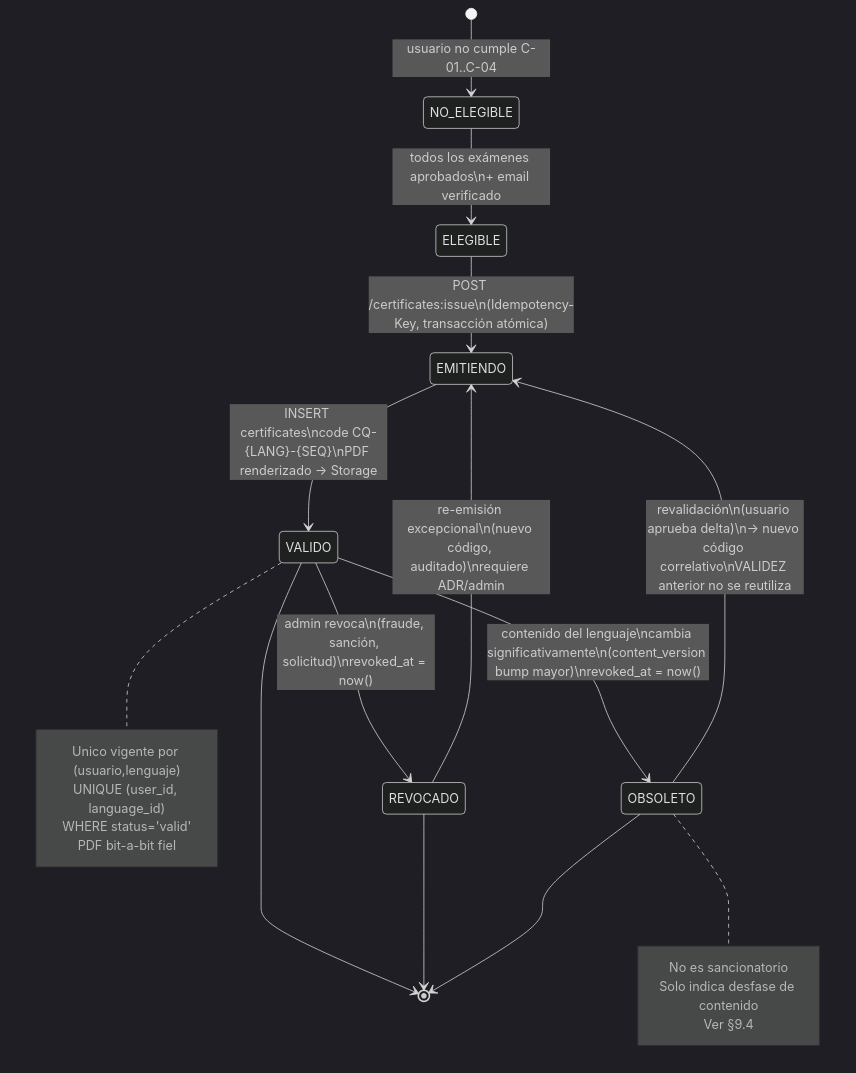
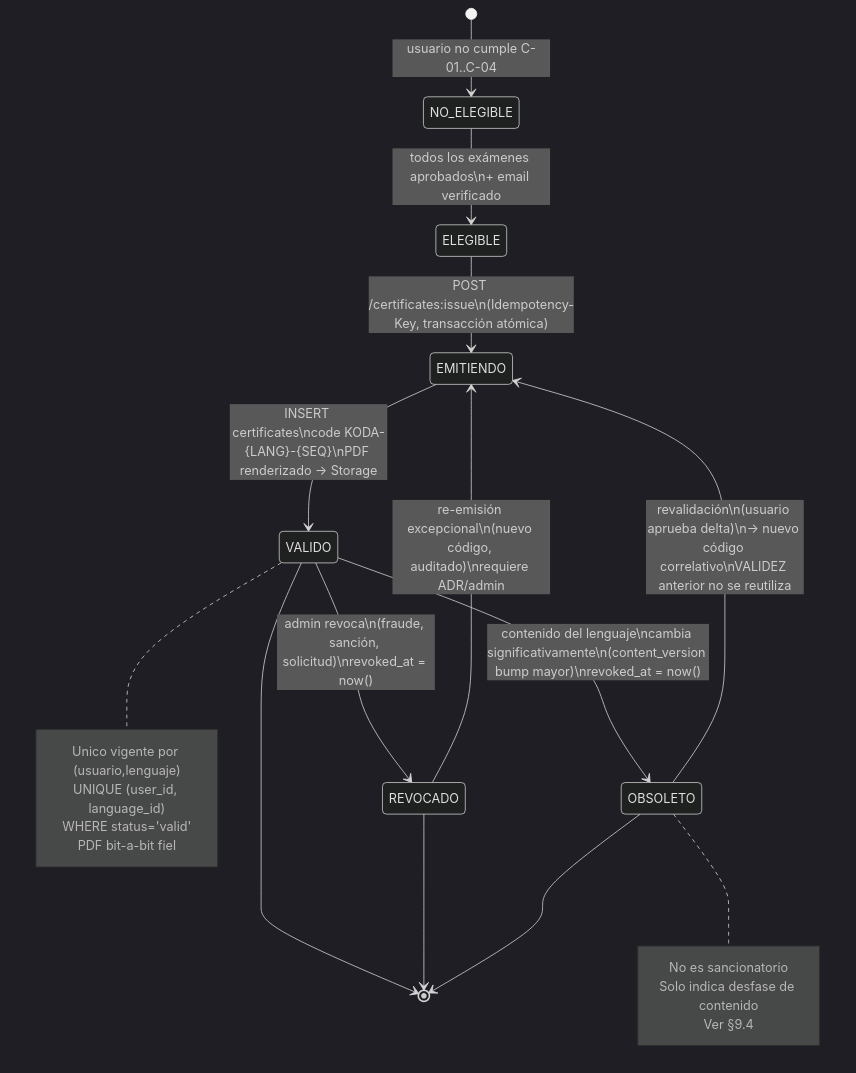
Before and after one commit to nastex123/DuolingoProgramacion: the diagram in docs/17_CERTIFICATION.md, drawn with Mermaid (dark theme). The commit also changed other lines of this file and 29 other files, not shown here.

````diff
--- a/docs/17_CERTIFICATION.md
+++ b/docs/17_CERTIFICATION.md
@@ -244,26 +244,26 @@
 ```mermaid
 stateDiagram-v2
     [*] --> NO_ELEGIBLE : usuario no cumple C-01..C-04
     NO_ELEGIBLE --> ELEGIBLE : todos los exámenes aprobados\n+ email verificado
     ELEGIBLE --> EMITIENDO : POST /certificates:issue\n(Idempotency-Key, transacción atómica)
-    EMITIENDO --> VALIDO : INSERT certificates\ncode CQ-{LANG}-{SEQ}\nPDF renderizado → Storage
+    EMITIENDO --> VALIDO : INSERT certificates\\ncode KODA-{LANG}-{SEQ}\\nPDF renderizado → Storage
     VALIDO --> REVOCADO : admin revoca\n(fraude, sanción, solicitud)\nrevoked_at = now()
     VALIDO --> OBSOLETO : contenido del lenguaje\ncambia significativamente\n(content_version bump mayor)\nrevoked_at = now()
     OBSOLETO --> EMITIENDO : revalidación\n(usuario aprueba delta)\n→ nuevo código correlativo\nVALIDEZ anterior no se reutiliza
     REVOCADO --> EMITIENDO : re-emisión excepcional\n(nuevo código, auditado)\nrequiere ADR/admin
     VALIDO --> [*]
     REVOCADO --> [*]
     OBSOLETO --> [*]
 
     note right of VALIDO
         Unico vigente por (usuario,lenguaje)
         UNIQUE (user_id, language_id)
         WHERE status='valid'
         PDF bit-a-bit fiel
     end note
     note right of OBSOLETO
         No es sancionatorio
         Solo indica desfase de contenido
         Ver §9.4
     end note
 ```
````
